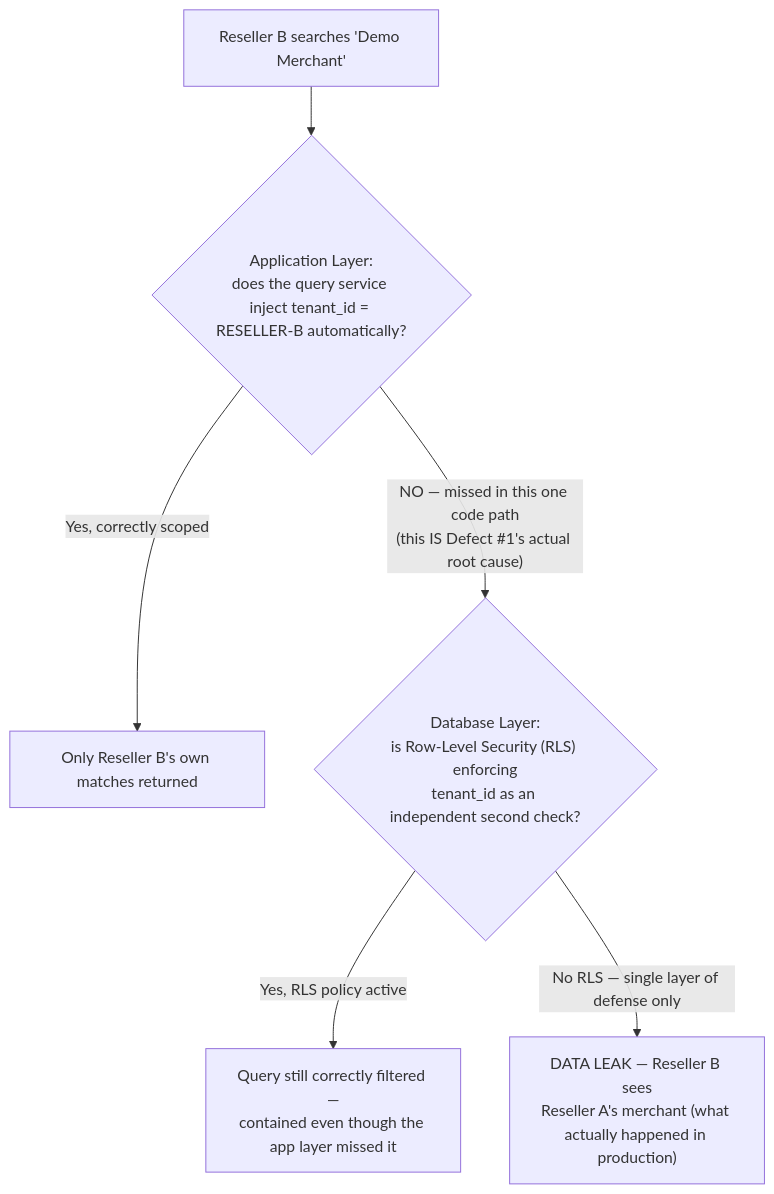
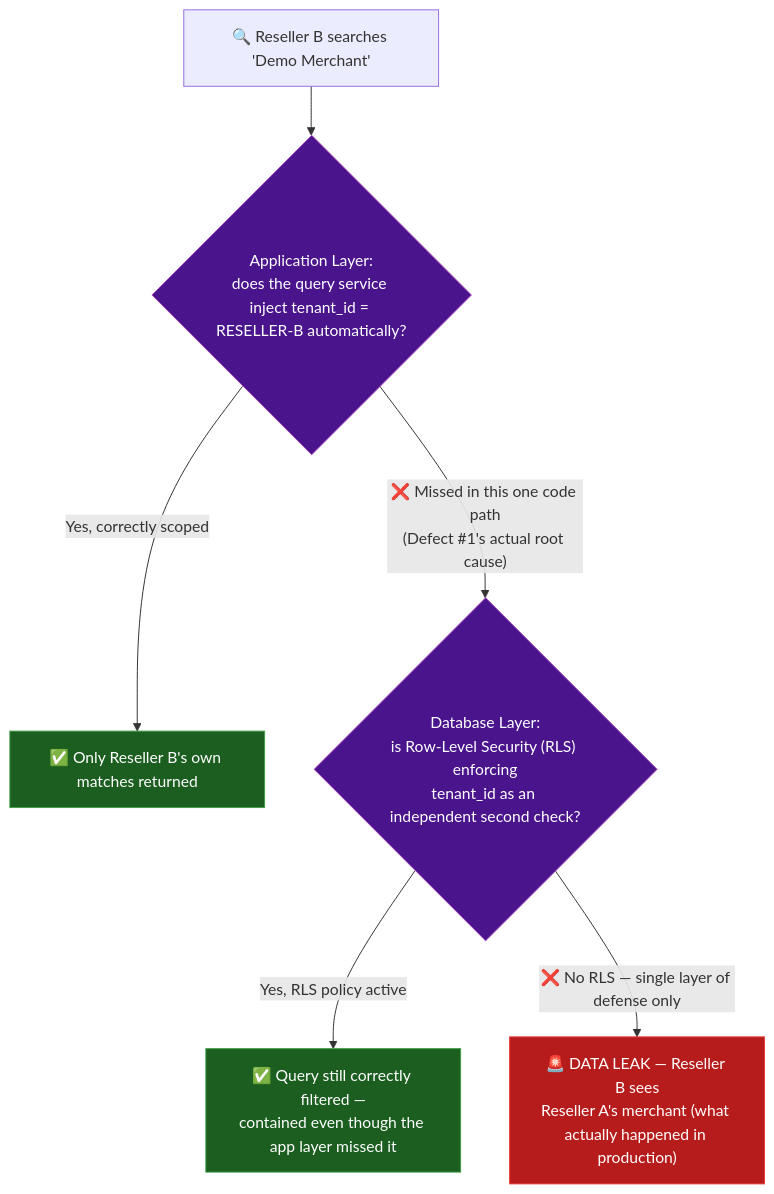
The fourth of 5 diagrams in docs/architecture-and-flow.md (ghanendra-sdet/reseller-management-platform), drawn with Mermaid before and after one commit. The commit also changed other lines of this file, not shown here.

Commit message:
docs: enrich architecture diagrams and prose

````diff
--- a/docs/architecture-and-flow.md
+++ b/docs/architecture-and-flow.md
@@ -110,8 +123,16 @@
 ```mermaid
 flowchart TD
-    Query["Reseller B searches 'Demo Merchant'"] --> AppLayer{"Application Layer:<br/>does the query service inject tenant_id = RESELLER-B automatically?"}
-    AppLayer -->|Yes, correctly scoped| Result1["Only Reseller B's own matches returned"]
-    AppLayer -->|"NO — missed in this one code path<br/>(this IS Defect #1's actual root cause)"| DBLayer{"Database Layer:<br/>is Row-Level Security (RLS) enforcing<br/>tenant_id as an independent second check?"}
-    DBLayer -->|Yes, RLS policy active| Result2["Query still correctly filtered —<br/>contained even though the app layer missed it"]
-    DBLayer -->|"No RLS — single layer of defense only"| Leak["DATA LEAK — Reseller B sees<br/>Reseller A's merchant (what actually happened in production)"]
+    Query["🔍 Reseller B searches 'Demo Merchant'"] --> AppLayer{"Application Layer:<br/>does the query service inject tenant_id = RESELLER-B automatically?"}
+    AppLayer -->|Yes, correctly scoped| Result1["✅ Only Reseller B's own matches returned"]
+    AppLayer -->|"❌ Missed in this one code path<br/>(Defect #1's actual root cause)"| DBLayer{"Database Layer:<br/>is Row-Level Security (RLS) enforcing<br/>tenant_id as an independent second check?"}
+    DBLayer -->|Yes, RLS policy active| Result2["✅ Query still correctly filtered —<br/>contained even though the app layer missed it"]
+    DBLayer -->|"❌ No RLS — single layer of defense only"| Leak["🚨 DATA LEAK — Reseller B sees<br/>Reseller A's merchant (what actually happened in production)"]
+
+    classDef gate fill:#4a148c,color:#fff,stroke:#ab47bc,stroke-width:1px
+    classDef good fill:#1b5e20,color:#fff,stroke:#43a047,stroke-width:1px
+    classDef bad fill:#b71c1c,color:#fff,stroke:#e53935,stroke-width:1px
+
+    class AppLayer,DBLayer gate
+    class Result1,Result2 good
+    class Leak bad
 ```
````
